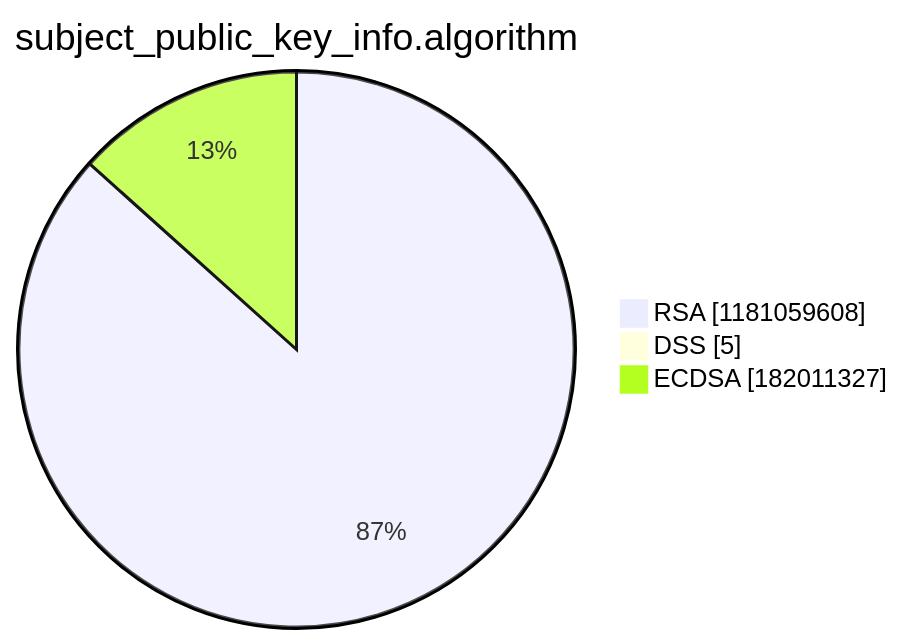
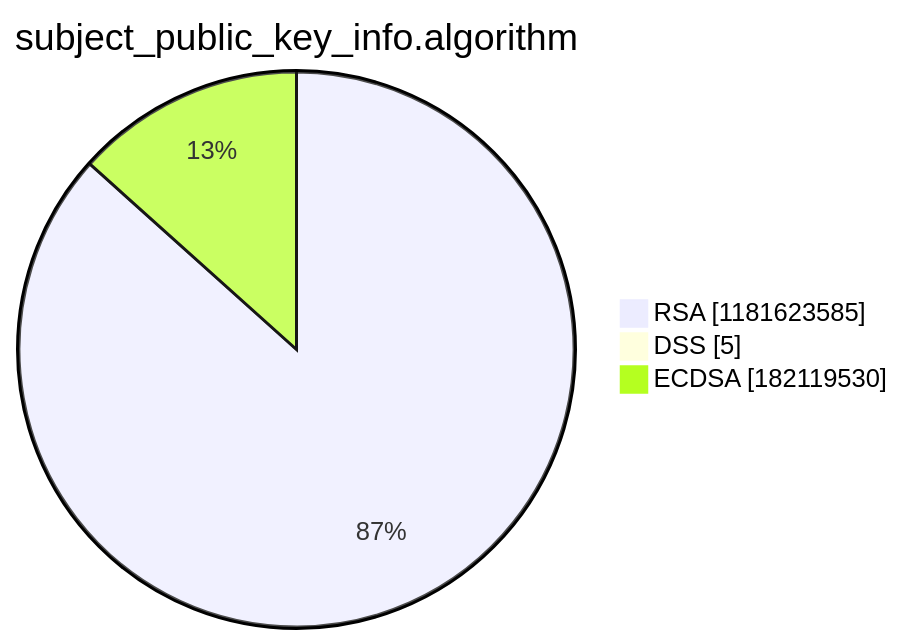
One commit to christiankrug/ctmonitor_visualization changed the third of 15 diagrams in argon2022/README.md. Above: the diagram before and after it, drawn with Mermaid. The commit also changed other lines of this file, not shown here.

````diff
--- a/argon2022/README.md
+++ b/argon2022/README.md
@@ -14,7 +14,7 @@
 ```mermaid
 pie showData
 title subject_public_key_info.algorithm
-"RSA" :1181059608
+"RSA" :1181623585
 "DSS" :5
-"ECDSA" :182011327
+"ECDSA" :182119530
 ```
````
